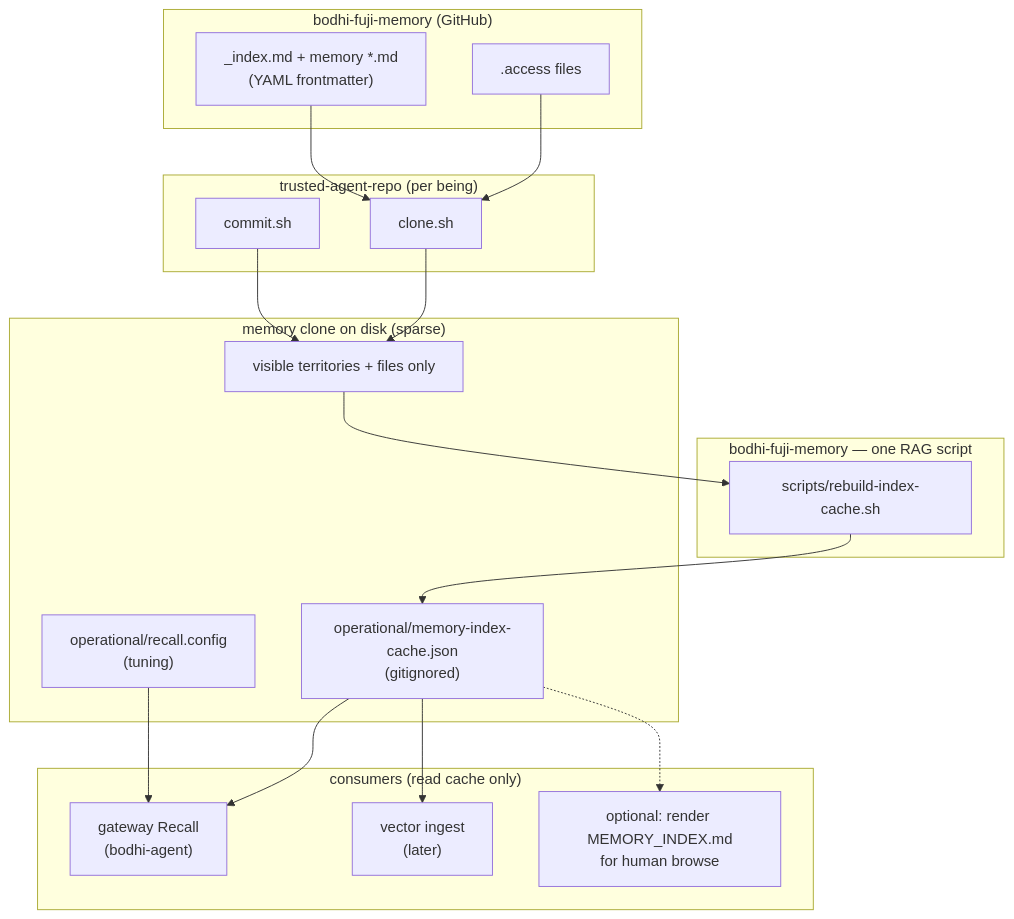
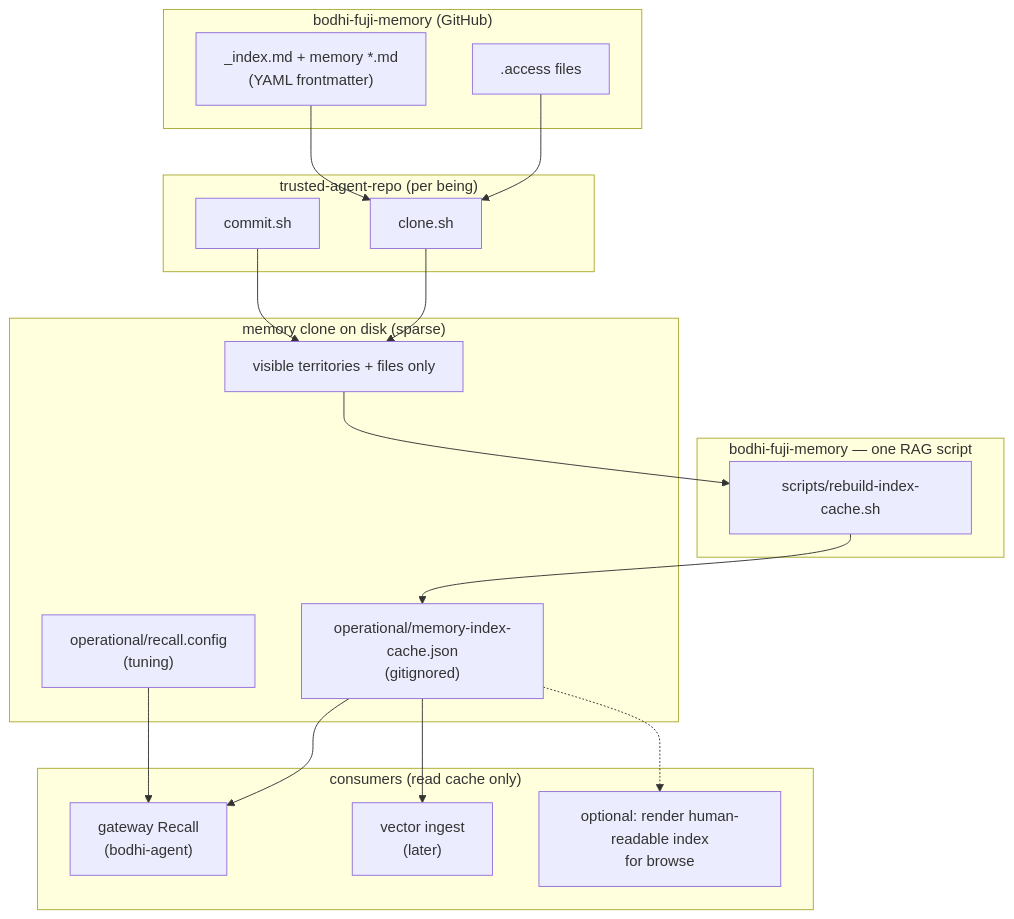
Before and after one commit to KateYoak/bodhi-fuji-memory: the diagram in task/memory-index-redesign.md, drawn with Mermaid. The commit also changed other lines of this file, not shown here.

Commit message:
Drop §1, define territory, remove all MEMORY_INDEX.md refs, fix §9 process with .access, mark §8 for Moggallana

````diff
--- a/task/memory-index-redesign.md
+++ b/task/memory-index-redesign.md
@@ -448,39 +423,39 @@
 ```mermaid
 flowchart TB
   subgraph git["bodhi-fuji-memory (GitHub)"]
     FM["_index.md + memory *.md\n(YAML frontmatter)"]
     ACC[".access files"]
   end
 
   subgraph trusted["trusted-agent-repo (per being)"]
     CLONE["clone.sh"]
     COMMIT["commit.sh"]
   end
 
   subgraph disk["memory clone on disk (sparse)"]
     VIS["visible territories + files only"]
     CACHE["operational/memory-index-cache.json\n(gitignored)"]
     CFG["operational/recall.config\n(tuning)"]
   end
 
   subgraph rag_script["bodhi-fuji-memory — one RAG script"]
     REBUILD["scripts/rebuild-index-cache.sh"]
   end
 
   subgraph consumers["consumers (read cache only)"]
     GW["gateway Recall\n(bodhi-agent)"]
     VEC["vector ingest\n(later)"]
-    PREVIEW["optional: render MEMORY_INDEX.md\nfor human browse"]
+    PREVIEW["optional: render human-readable index\nfor browse"]
   end
 
   ACC --> CLONE
   FM --> CLONE
   CLONE --> VIS
   COMMIT --> VIS
   VIS --> REBUILD
   REBUILD --> CACHE
   CACHE --> GW
   CACHE --> VEC
   CACHE -.-> PREVIEW
   CFG --> GW
 ```
````
